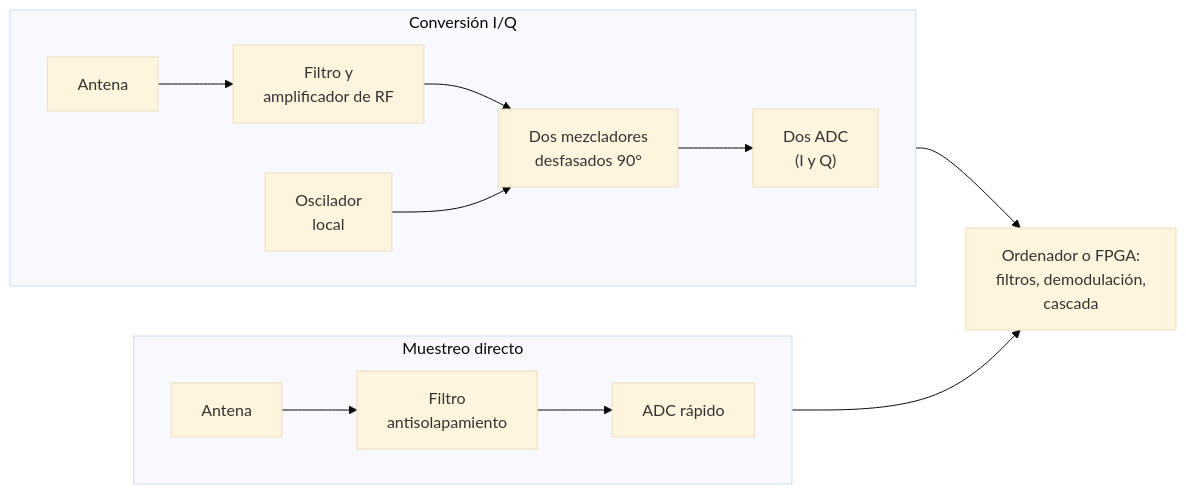
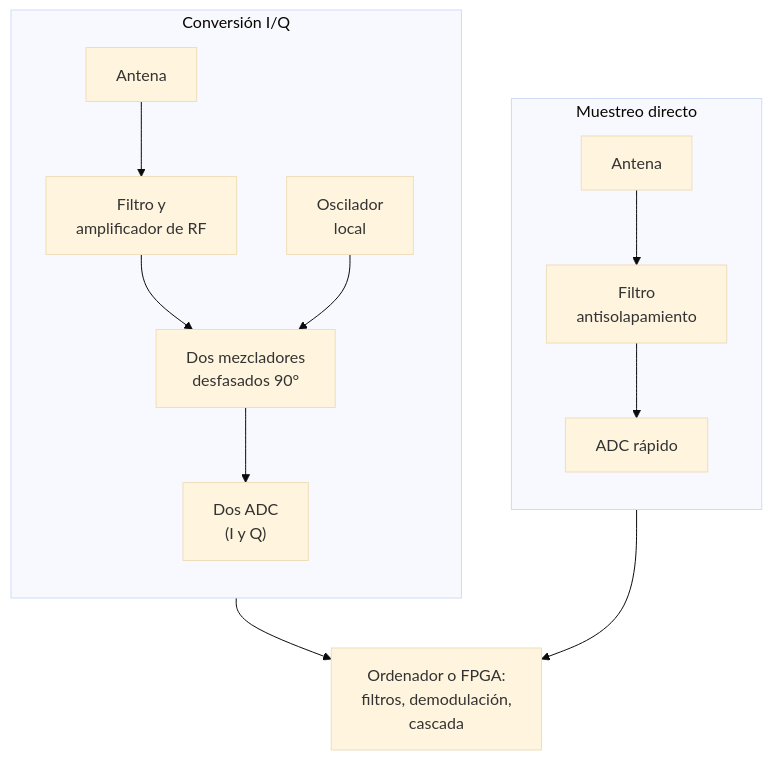
The second of 4 diagrams in docs/04-teoria-radio.md (mshodai/manual-radioaficionado), drawn with Mermaid (base theme) before and after one commit. The commit also changed other lines of this file and 33 other files, not shown here.

````diff
--- a/docs/04-teoria-radio.md
+++ b/docs/04-teoria-radio.md
@@ -418,15 +418,15 @@
 ```mermaid
-flowchart LR
+flowchart TB
     subgraph D["Muestreo directo"]
-        direction LR
+        direction TB
         A1["Antena"] --> B1["Filtro<br>antisolapamiento"] --> C1["ADC rápido"]
     end
     subgraph Q["Conversión I/Q"]
-        direction LR
+        direction TB
         A2["Antena"] --> B2["Filtro y<br>amplificador de RF"] --> M2["Dos mezcladores<br>desfasados 90°"]
         O2["Oscilador<br>local"] --> M2
         M2 --> C2["Dos ADC<br>(I y Q)"]
     end
     C1 --> P["Ordenador o FPGA:<br>filtros, demodulación,<br>cascada"]
     C2 --> P
 ```
````
